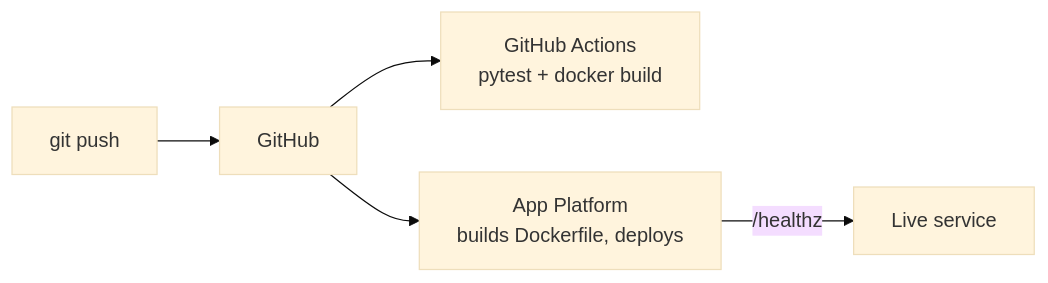
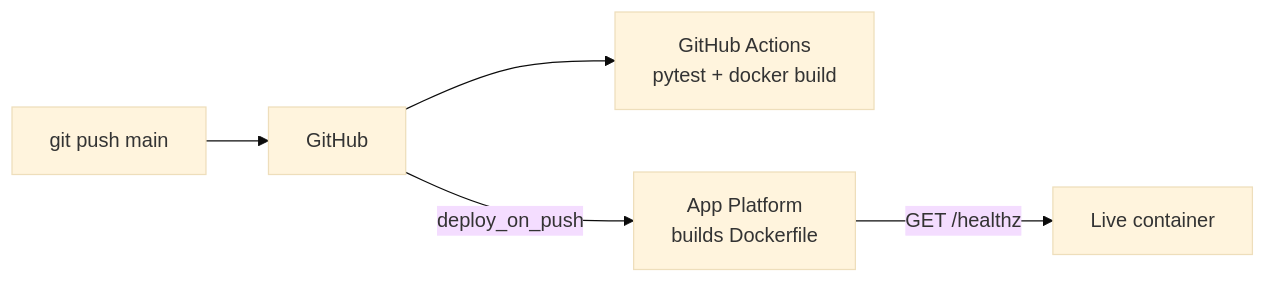
The second of 2 diagrams in README.md (JulianMcOmie/url-shortener), drawn with Mermaid (base theme) before and after one commit. The commit also changed other lines of this file, not shown here.

Commit message:
README: API reference, final architecture diagrams, design decisions

````diff
--- a/README.md
+++ b/README.md
@@ -33,7 +109,7 @@
 ```mermaid
 flowchart LR
-    Dev[git push] --> GH[GitHub]
-    GH --> CI[GitHub Actions<br/>pytest + docker build]
-    GH --> AP[App Platform<br/>builds Dockerfile, deploys]
-    AP -- "/healthz" --> Live[Live service]
+    Dev[git push main] --> GH[GitHub]
+    GH --> CI["GitHub Actions<br/>pytest + docker build"]
+    GH -- "deploy_on_push" --> AP["App Platform<br/>builds Dockerfile"]
+    AP -- "GET /healthz" --> Live[Live container]
 ```
````
